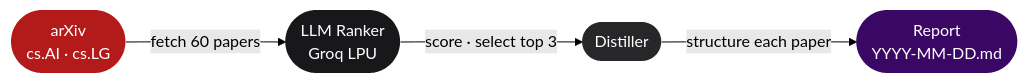
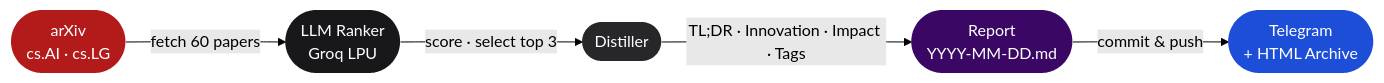
Before and after one commit to mohabdelkarim/ai-paper-scout: the diagram in README.md, drawn with Mermaid (forest theme). The commit also changed other lines of this file, not shown here.

First line of the commit message:
Revamp README: features, Telegram & health

````diff
--- a/README.md
+++ b/README.md
@@ -39,12 +44,14 @@
 ```mermaid
 flowchart LR
-    A(["arXiv\ncs.AI · cs.LG"]):::red   -->|"fetch  60 papers"| B
-    B(["LLM Ranker\nGroq LPU"]):::dark  -->|"score · select top 3"| C
-    C(["Distiller"]):::mid               -->|"structure each paper"| D
-    D(["Report\nYYYY-MM-DD.md"]):::purple
+    A(["arXiv\n cs.AI · cs.LG"]):::red -->|"fetch 60 papers"| B
+    B(["LLM Ranker\n Groq LPU"]):::dark -->|"score · select top 3"| C
+    C(["Distiller"]):::mid -->|"TL;DR · Innovation · Impact · Tags"| D
+    D(["Report\n YYYY-MM-DD.md"]):::purple -->|"commit & push"| E
+    E(["Telegram\n + HTML Archive"]):::blue
 
     classDef red    fill:#b31b1b,color:#fff,stroke:none
     classDef dark   fill:#18181b,color:#fff,stroke:none
     classDef mid    fill:#27272a,color:#fff,stroke:none
     classDef purple fill:#3b0764,color:#fff,stroke:none
+    classDef blue   fill:#1d4ed8,color:#fff,stroke:none
 ```
````
